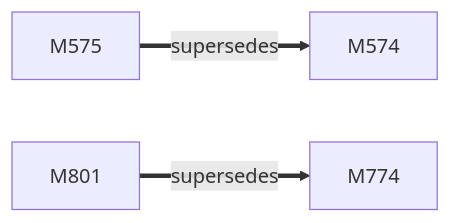
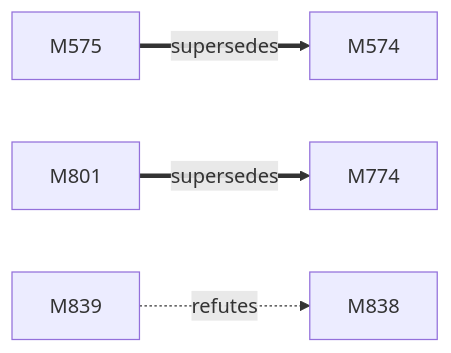
Before and after one commit to D-Ogi/amdgpu-wddm: the first of 2 diagrams in docs/facts/graphs/d3d.md, drawn with Mermaid. The commit also changed other lines of this file and 7 other files, not shown here.

````diff
--- a/docs/facts/graphs/d3d.md
+++ b/docs/facts/graphs/d3d.md
@@ -9,10 +9,13 @@
 ```mermaid
 flowchart LR
   M574["M574"]
   M575["M575"]
   M774["M774"]
   M801["M801"]
+  M838["M838"]
+  M839["M839"]
   M575 ==>|supersedes| M574
   M801 ==>|supersedes| M774
+  M839 -.->|refutes| M838
   classDef other stroke-dasharray:4 3
 ```
````
